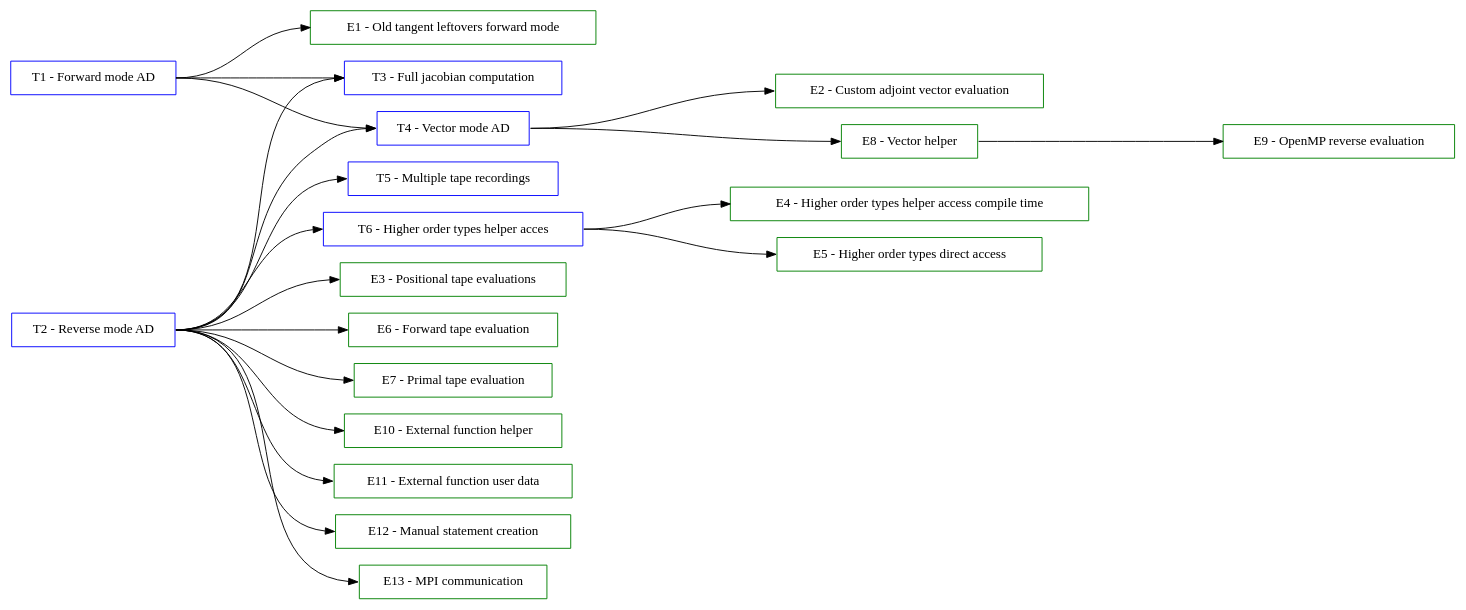
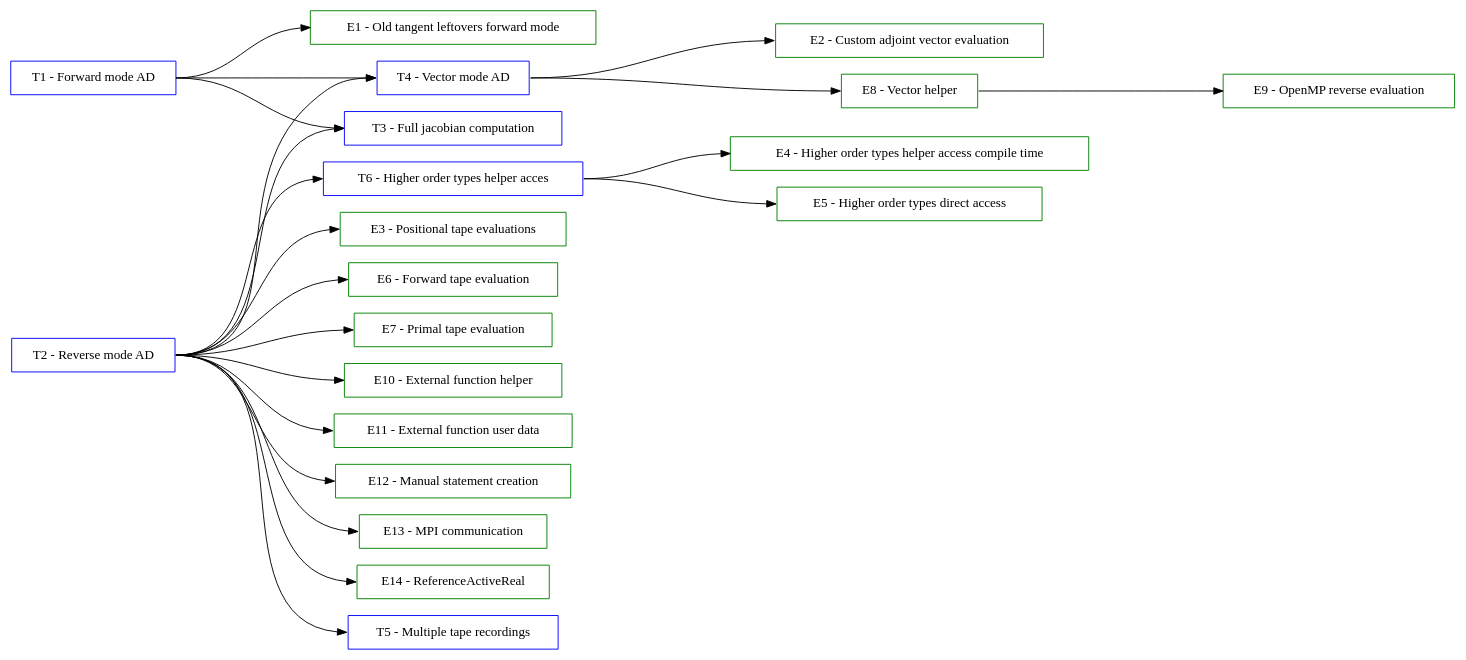
Before and after one commit to SciCompKL/CoDiPack: the diagram in documentation/user/TutorialsGraph.dot, drawn with Graphviz. The commit also changed 4 other files, not shown here.

Commit message:
Added example for ReferenceActiveType.

```diff
--- a/documentation/user/TutorialsGraph.dot
+++ b/documentation/user/TutorialsGraph.dot
@@ -1,67 +1,70 @@
 digraph Tutorials {
   rankdir=LR;
   ranksep=2;
 
   // Tutorial nodes
   node [shape=box color=blue];
   T01 [label="T1 - Forward mode AD"];
 
   T02 [label="T2 - Reverse mode AD"];
 
   T03 [label="T3 - Full jacobian computation"];
 
   T04 [label="T4 - Vector mode AD"];
 
   T05 [label="T5 - Multiple tape recordings"];
 
   T06 [label="T6 - Higher order types helper acces"];
 
   // Example nodes
   node [shape=box color=green];
   E01 [label="E1 - Old tangent leftovers forward mode"];
 
   E02 [label="E2 - Custom adjoint vector evaluation"];
 
   E03 [label="E3 - Positional tape evaluations"];
 
   E04 [label="E4 - Higher order types helper access compile time"];
 
   E05 [label="E5 - Higher order types direct access"];
 
   E06 [label="E6 - Forward tape evaluation"];
 
   E07 [label="E7 - Primal tape evaluation"];
 
   E08 [label="E8 - Vector helper"];
 
   E09 [label="E9 - OpenMP reverse evaluation"];
 
   E10 [label="E10 - External function helper"];
 
   E11 [label="E11 - External function user data"];
 
   E12 [label="E12 - Manual statement creation"];
 
   E13 [label="E13 - MPI communication"];
 
+  E14 [label="E14 - ReferenceActiveReal"];
+
   // Edges (sorted)
   E08:e -> E09:w;
   T01:e -> E01:w;
   T01:e -> T03:w;
   T01:e -> T04:w;
   T02:e -> E03:w;
   T02:e -> E06:w;
   T02:e -> E07:w;
   T02:e -> E10:w;
   T02:e -> E11:w;
   T02:e -> E12:w;
   T02:e -> E13:w;
+  T02:e -> E14:w;
   T02:e -> T03:w;
   T02:e -> T04:w;
   T02:e -> T05:w;
   T02:e -> T06:w;
   T04:e -> E02:w;
   T04:e -> E08:w;
   T06:e -> E04:w;
   T06:e -> E05:w;
 }
```
